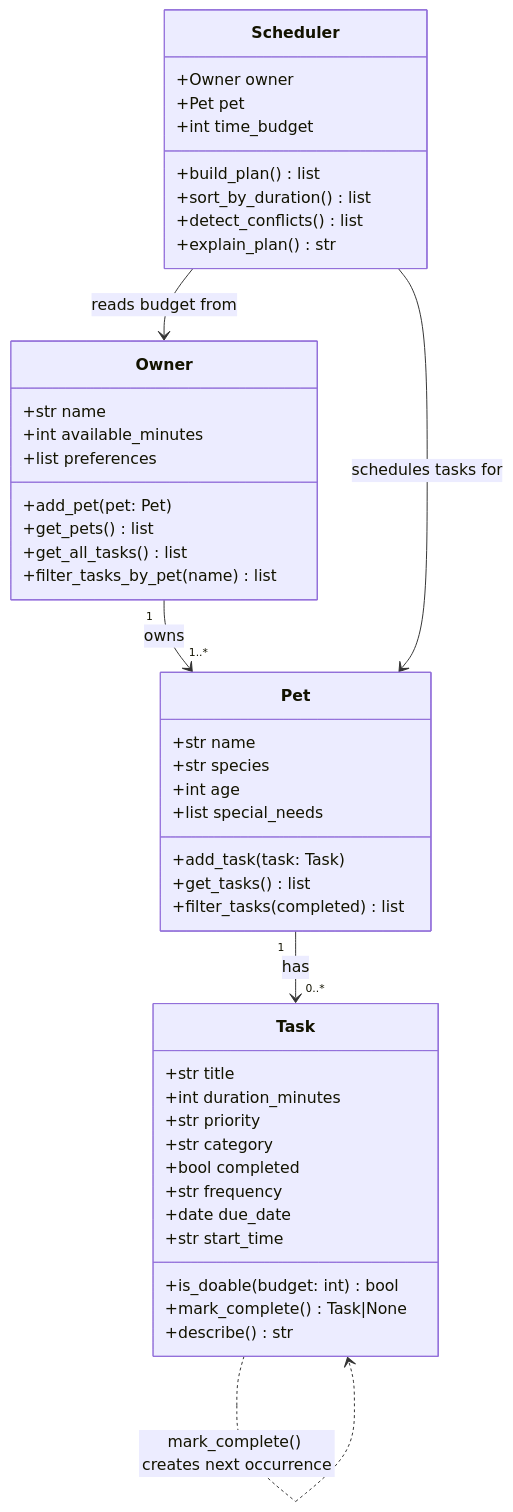
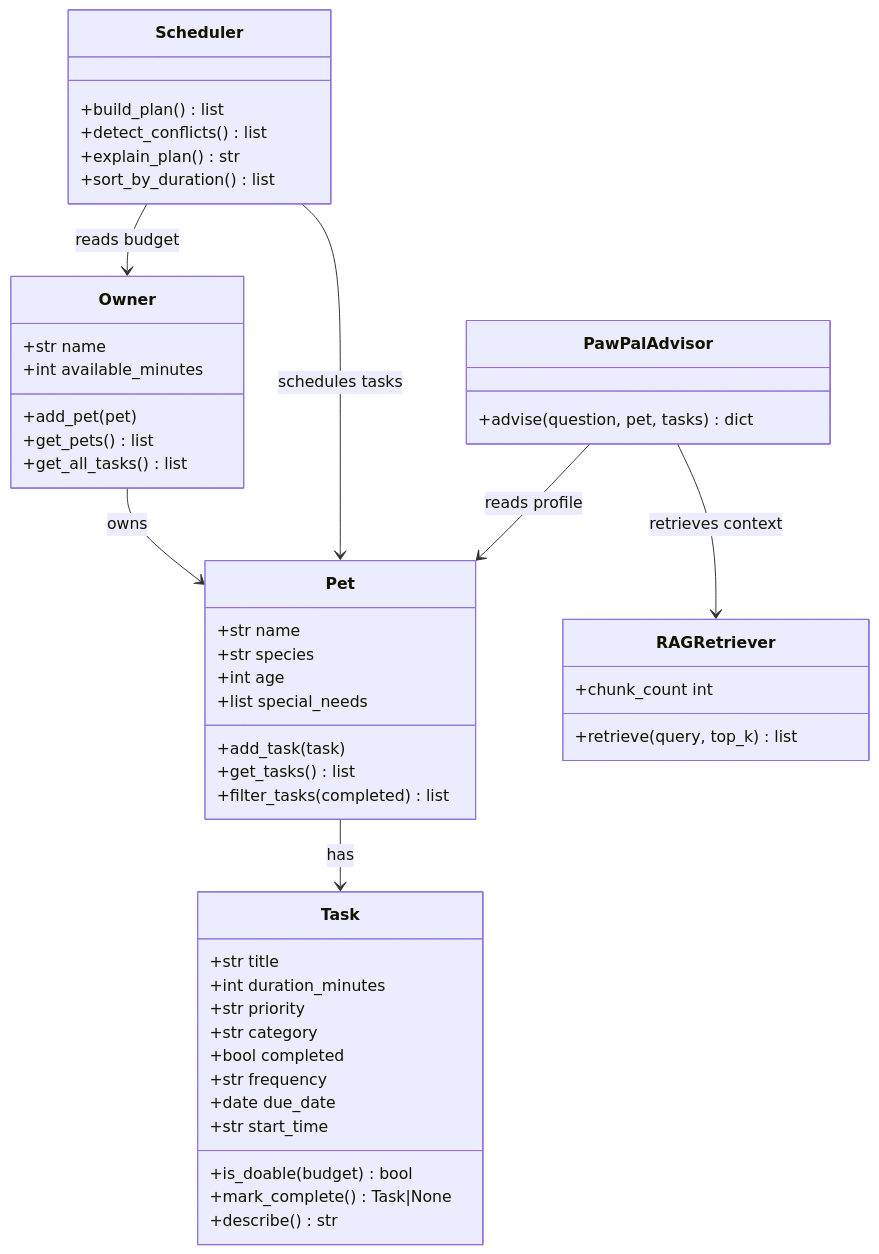
Before and after one commit to tanishav1815/PawPal-applied-AI-system-project: the diagram in README.md, drawn with Mermaid. The commit also changed other lines of this file and 13 other files, not shown here.

````diff
--- a/README.md
+++ b/README.md
@@ -32,48 +64,51 @@
 ```mermaid
 classDiagram
     class Task {
         +str title
         +int duration_minutes
         +str priority
         +str category
         +bool completed
         +str frequency
         +date due_date
         +str start_time
-        +is_doable(budget: int) bool
+        +is_doable(budget) bool
         +mark_complete() Task|None
         +describe() str
     }
     class Pet {
         +str name
         +str species
         +int age
         +list special_needs
-        +add_task(task: Task)
+        +add_task(task)
         +get_tasks() list
         +filter_tasks(completed) list
     }
     class Owner {
         +str name
         +int available_minutes
-        +list preferences
-        +add_pet(pet: Pet)
+        +add_pet(pet)
         +get_pets() list
         +get_all_tasks() list
-        +filter_tasks_by_pet(name) list
     }
     class Scheduler {
-        +Owner owner
-        +Pet pet
-        +int time_budget
         +build_plan() list
-        +sort_by_duration() list
         +detect_conflicts() list
         +explain_plan() str
+        +sort_by_duration() list
     }
-    Owner "1" --> "1..*" Pet : owns
-    Pet "1" --> "0..*" Task : has
-    Scheduler --> Owner : reads budget from
-    Scheduler --> Pet : schedules tasks for
-    Task ..> Task : mark_complete() creates next occurrence
+    class RAGRetriever {
+        +retrieve(query, top_k) list
+        +chunk_count int
+    }
+    class PawPalAdvisor {
+        +advise(question, pet, tasks) dict
+    }
+    Owner --> Pet : owns
+    Pet --> Task : has
+    Scheduler --> Owner : reads budget
+    Scheduler --> Pet : schedules tasks
+    PawPalAdvisor --> RAGRetriever : retrieves context
+    PawPalAdvisor --> Pet : reads profile
 ```
````
